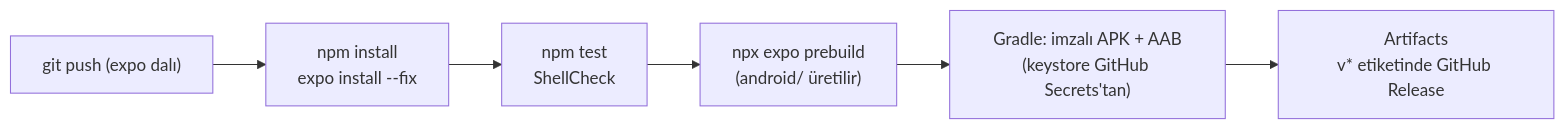
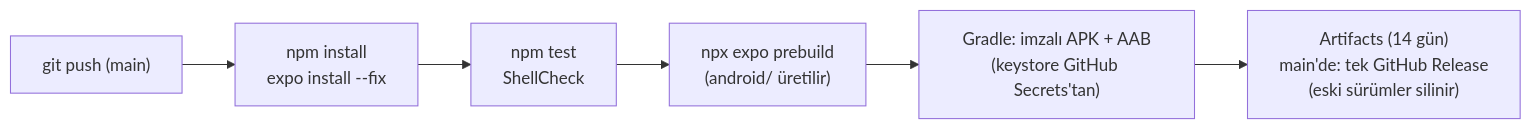
Before and after one commit to LenstedReal/ZeppelinVpn: the third of 3 diagrams in docs/MIMARI_TR.md, drawn with Mermaid. The commit also changed 4 other files, not shown here.

First line of the commit message:
CI: main publishes the newest signed APK as the only release

````diff
--- a/docs/MIMARI_TR.md
+++ b/docs/MIMARI_TR.md
@@ -133,8 +133,8 @@
 ```mermaid
 flowchart LR
-  P["git push (expo dalı)"] --> I["npm install<br/>expo install --fix"]
+  P["git push (main)"] --> I["npm install<br/>expo install --fix"]
   I --> Te["npm test<br/>ShellCheck"]
   Te --> Pr["npx expo prebuild<br/>(android/ üretilir)"]
   Pr --> G["Gradle: imzalı APK + AAB<br/>(keystore GitHub Secrets'tan)"]
-  G --> Ar["Artifacts<br/>v* etiketinde GitHub Release"]
+  G --> Ar["Artifacts (14 gün)<br/>main'de: tek GitHub Release<br/>(eski sürümler silinir)"]
 ```
````
